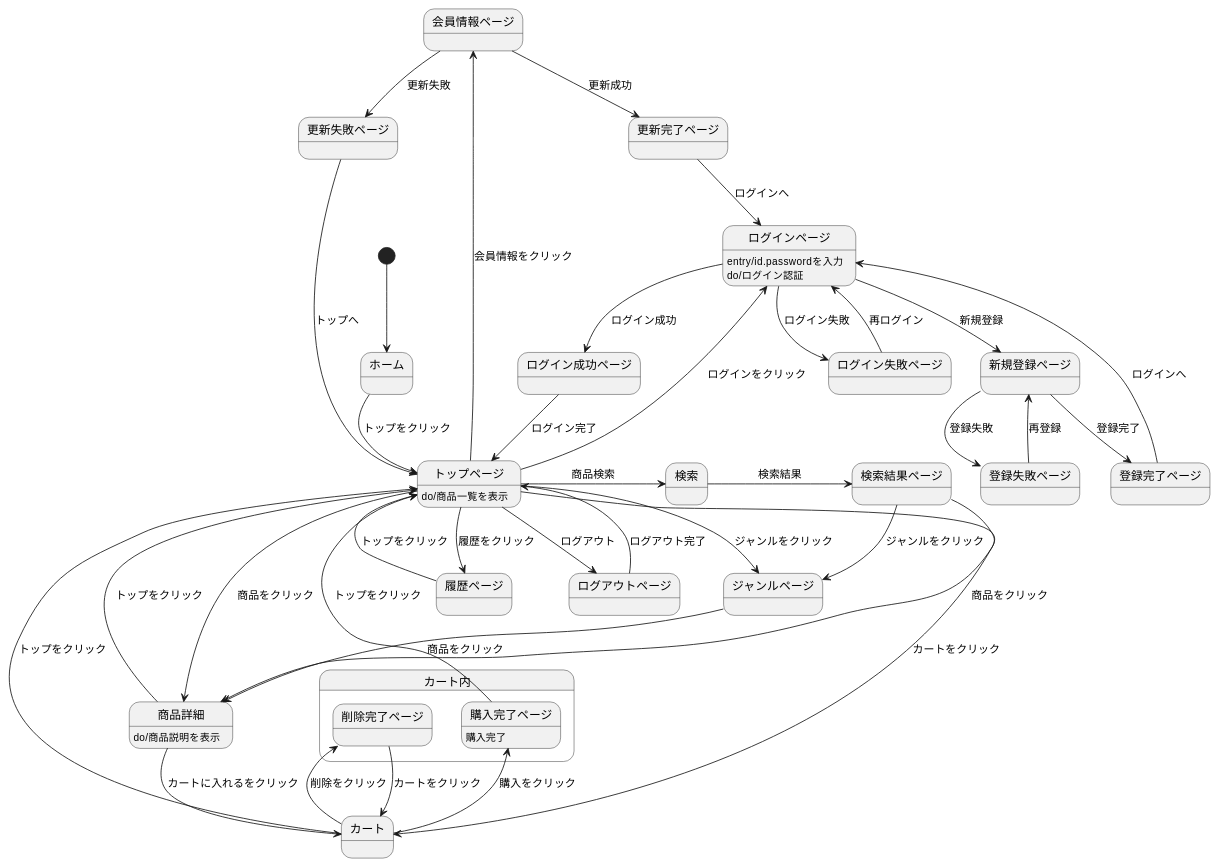
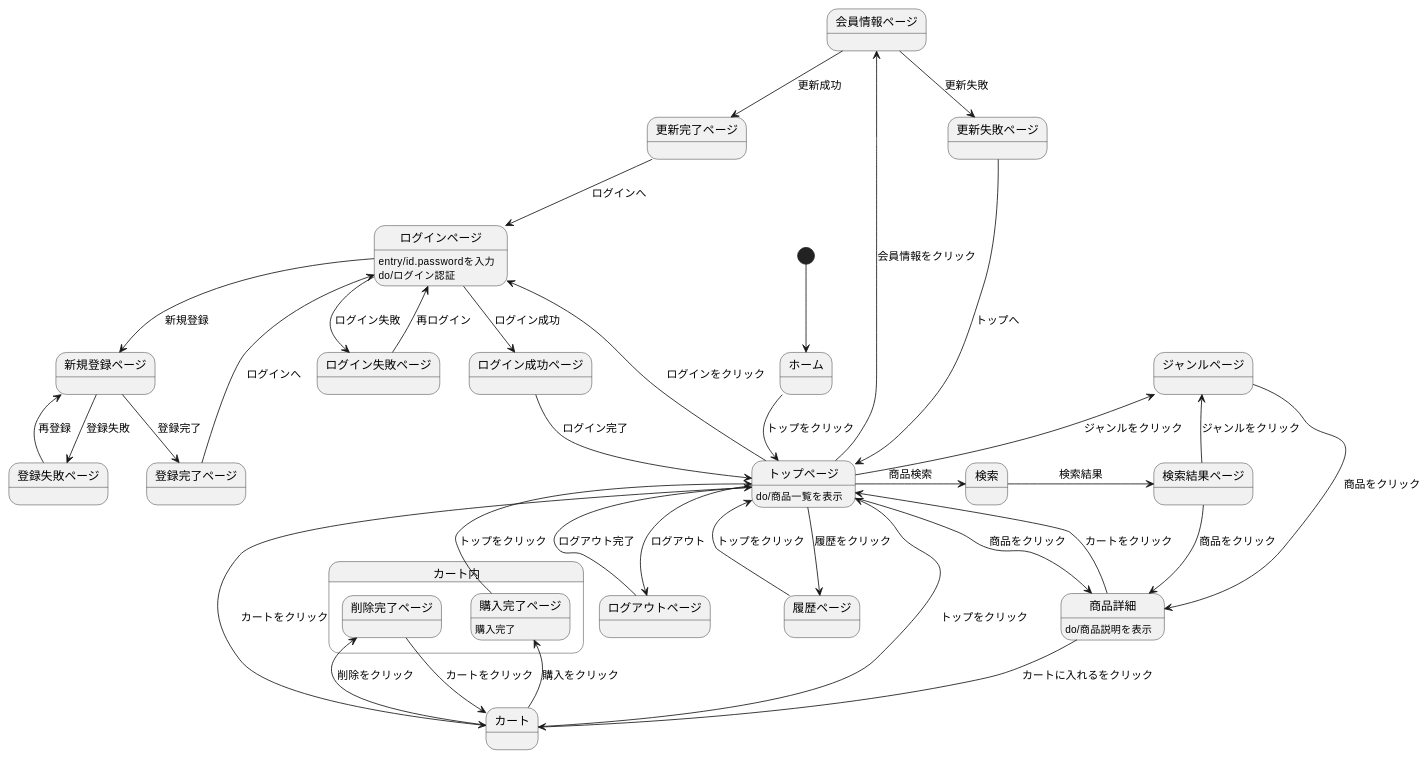
The diagram in stationary/画面遷移図/transition.md (Aso2001154/2021sys-design), drawn with PlantUML before and after one commit.

````diff
--- a/stationary/画面遷移図/transition.md
+++ b/stationary/画面遷移図/transition.md
@@ -1,57 +1,57 @@
 ```uml
 @startuml
 [*] --> ホーム
 ホーム --> トップページ : トップをクリック
 トップページ : do/商品一覧を表示
 
 トップページ -left-> ログインページ : ログインをクリック
 ログインページ : entry/id.passwordを入力
 ログインページ : do/ログイン認証
 ログインページ --> ログイン成功ページ : ログイン成功
 ログイン成功ページ --> トップページ : ログイン完了
 ログインページ --> ログイン失敗ページ : ログイン失敗
 ログイン失敗ページ -left-> ログインページ : 再ログイン
 
 ログインページ --> 新規登録ページ : 新規登録
 新規登録ページ --> 登録完了ページ : 登録完了
 登録完了ページ --> ログインページ : ログインへ
 新規登録ページ --> 登録失敗ページ : 登録失敗
 登録失敗ページ --> 新規登録ページ : 再登録
 
 トップページ -> 検索 : 商品検索
 検索 -> 検索結果ページ : 検索結果
 検索結果ページ --> ジャンルページ : ジャンルをクリック
 検索結果ページ --> 商品詳細 : 商品をクリック
 
 トップページ -> 商品詳細 : 商品をクリック
 トップページ --> カート : カートをクリック
 
 トップページ --> ログアウトページ : ログアウト
 ログアウトページ --> トップページ : ログアウト完了
 
 トップページ --> 履歴ページ : 履歴をクリック
 履歴ページ --> トップページ : トップをクリック
 
 トップページ -left-> 会員情報ページ : 会員情報をクリック
 会員情報ページ --> 更新完了ページ : 更新成功
 更新完了ページ --> ログインページ : ログインへ
 会員情報ページ --> 更新失敗ページ : 更新失敗
 更新失敗ページ --> トップページ : トップへ
 
-トップページ --> ジャンルページ :  ジャンルをクリック
+トップページ -left-> ジャンルページ :  ジャンルをクリック
 ジャンルページ --> 商品詳細 : 商品をクリック
 
 商品詳細 --> カート : カートに入れるをクリック
-商品詳細 --> トップページ : トップをクリック
+商品詳細 --> トップページ : カートをクリック
 商品詳細 : do/商品説明を表示
 カート -up-> トップページ : トップをクリック
 
 state カート内{
 カート -> 購入完了ページ : 購入をクリック
 カート -left> 削除完了ページ : 削除をクリック
 削除完了ページ --> カート : カートをクリック
 購入完了ページ -> トップページ : トップをクリック
 購入完了ページ : 購入完了
 }
 @enduml
 ```
````
